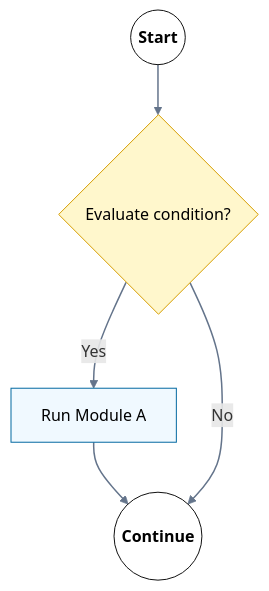
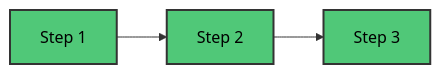
One commit to M-F-Tushar/CSE-2101-Data-Structure changed the fourth of 9 diagrams in Chapter 2 - Preliminaries/README.md. Above: the diagram before and after it, drawn with Mermaid. The commit also changed other lines of this file, not shown here.

````diff
--- a/Chapter 2 - Preliminaries/README.md
+++ b/Chapter 2 - Preliminaries/README.md
@@ -551,13 +362,8 @@
 ```mermaid
-flowchart TD
-    %% Single-alternative selection logic with explicit flow
-    classDef terminal fill:#ffffff,stroke:#111,color:#000,font-weight:600;
-    classDef decision fill:#fff7cc,stroke:#d69e00,color:#000;
-    classDef process fill:#f0f9ff,stroke:#0369a1,color:#000;
-
-    Start((Start)):::terminal --> Cond{"Evaluate condition?"}:::decision
-    Cond -- Yes --> ModuleA["Run Module A"]:::process --> End((Continue)):::terminal
-    Cond -- No --> End
-
-    linkStyle default stroke:#64748b,stroke-width:1.5px
+graph LR
+    A["Step 1"] --> B["Step 2"] --> C["Step 3"]
+    
+    style A fill:#50C878,stroke:#333,stroke-width:2px,color:#000
+    style B fill:#50C878,stroke:#333,stroke-width:2px,color:#000
+    style C fill:#50C878,stroke:#333,stroke-width:2px,color:#000
 ```
````
